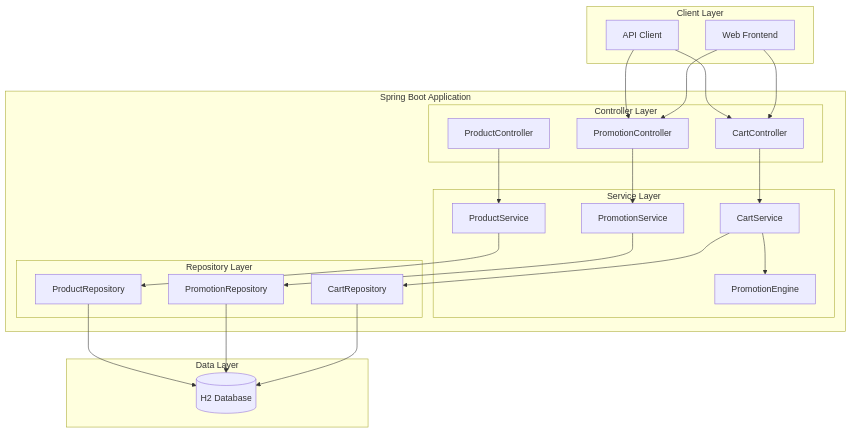
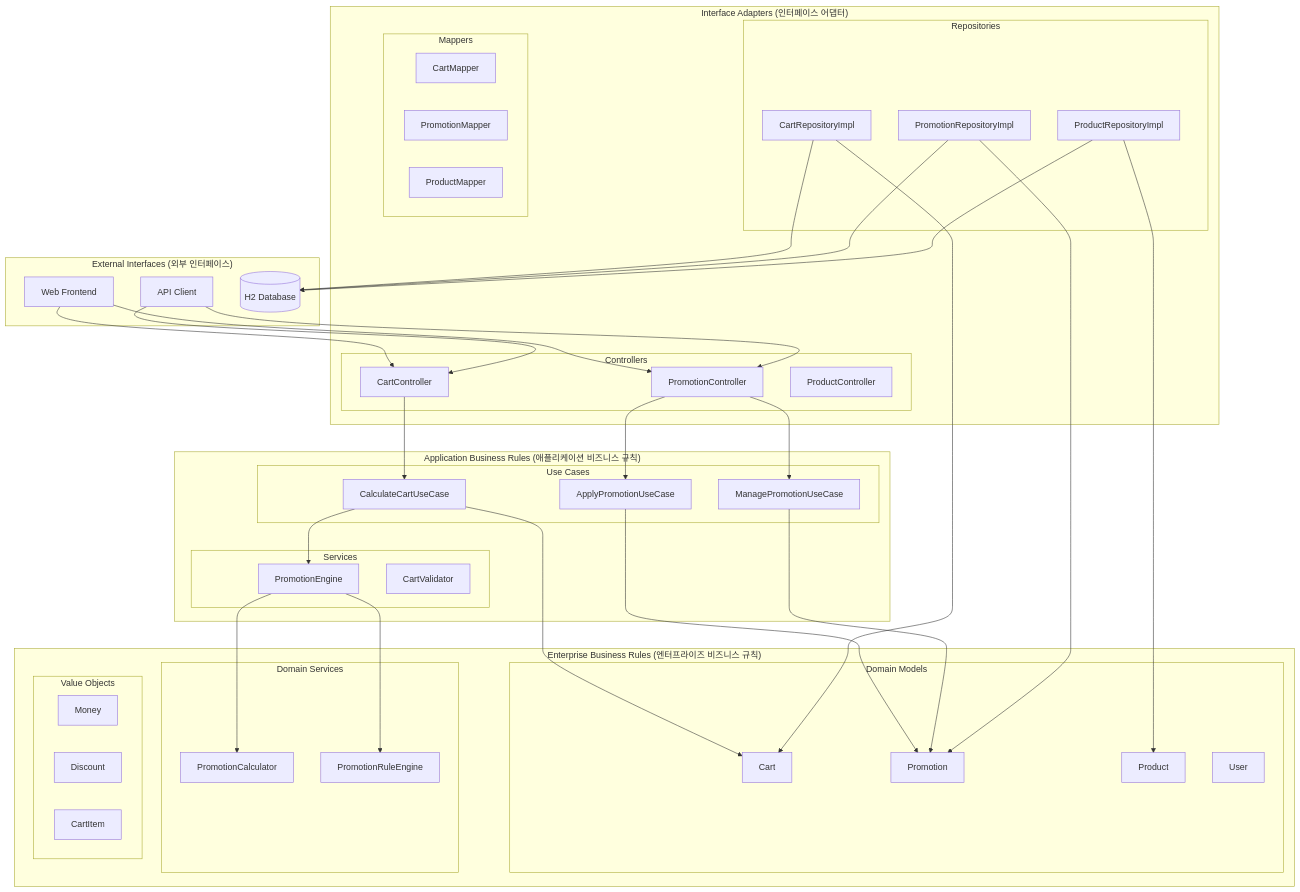
One commit to maitracle/test changed the first of 2 diagrams in server/demo/documents/system_design.md. Above: the diagram before and after it, drawn with Mermaid. The commit also changed other lines of this file, not shown here.

Commit message:
change system design with clean architecture

````diff
--- a/server/demo/documents/system_design.md
+++ b/server/demo/documents/system_design.md
@@ -39,33 +51,62 @@
 ```mermaid
 graph TB
-    subgraph "Client Layer"
+    subgraph "External Interfaces (외부 인터페이스)"
         WEB[Web Frontend]
         API_CLIENT[API Client]
+        H2_DB[(H2 Database)]
     end
     
-    subgraph "Spring Boot Application"
-        subgraph "Controller Layer"
+    subgraph "Interface Adapters (인터페이스 어댑터)"
+        subgraph "Controllers"
             CART_CTRL[CartController]
             PROMO_CTRL[PromotionController]
             PRODUCT_CTRL[ProductController]
         end
         
-        subgraph "Service Layer"
-            CART_SVC[CartService]
-            PROMO_SVC[PromotionService]
-            PRODUCT_SVC[ProductService]
-            PROMO_ENGINE[PromotionEngine]
+        subgraph "Repositories"
+            CART_REPO[CartRepositoryImpl]
+            PROMO_REPO[PromotionRepositoryImpl]
+            PRODUCT_REPO[ProductRepositoryImpl]
         end
         
-        subgraph "Repository Layer"
-            CART_REPO[CartRepository]
-            PROMO_REPO[PromotionRepository]
-            PRODUCT_REPO[ProductRepository]
+        subgraph "Mappers"
+            CART_MAPPER[CartMapper]
+            PROMO_MAPPER[PromotionMapper]
+            PRODUCT_MAPPER[ProductMapper]
         end
     end
     
-    subgraph "Data Layer"
-        H2_DB[(H2 Database)]
+    subgraph "Application Business Rules (애플리케이션 비즈니스 규칙)"
+        subgraph "Use Cases"
+            CALC_CART_UC[CalculateCartUseCase]
+            APPLY_PROMO_UC[ApplyPromotionUseCase]
+            MANAGE_PROMO_UC[ManagePromotionUseCase]
+        end
+        
+        subgraph "Services"
+            PROMO_ENGINE[PromotionEngine]
+            CART_VALIDATOR[CartValidator]
+        end
+    end
+    
+    subgraph "Enterprise Business Rules (엔터프라이즈 비즈니스 규칙)"
+        subgraph "Domain Models"
+            CART[Cart]
+            PROMOTION[Promotion]
+            PRODUCT[Product]
+            USER[User]
+        end
+        
+        subgraph "Domain Services"
+            PROMO_CALC[PromotionCalculator]
+            PROMO_RULE[PromotionRuleEngine]
+        end
+        
+        subgraph "Value Objects"
+            MONEY[Money]
+            DISCOUNT[Discount]
+            CART_ITEM[CartItem]
+        end
     end
     
     WEB --> CART_CTRL
@@ -73,14 +114,21 @@
     WEB --> PROMO_CTRL
     API_CLIENT --> PROMO_CTRL
     
-    CART_CTRL --> CART_SVC
-    PROMO_CTRL --> PROMO_SVC
-    PRODUCT_CTRL --> PRODUCT_SVC
+    CART_CTRL --> CALC_CART_UC
+    PROMO_CTRL --> APPLY_PROMO_UC
+    PROMO_CTRL --> MANAGE_PROMO_UC
     
-    CART_SVC --> PROMO_ENGINE
-    CART_SVC --> CART_REPO
-    PROMO_SVC --> PROMO_REPO
-    PRODUCT_SVC --> PRODUCT_REPO
+    CALC_CART_UC --> CART
+    CALC_CART_UC --> PROMO_ENGINE
+    APPLY_PROMO_UC --> PROMOTION
+    MANAGE_PROMO_UC --> PROMOTION
+    
+    PROMO_ENGINE --> PROMO_CALC
+    PROMO_ENGINE --> PROMO_RULE
+    
+    CART_REPO --> CART
+    PROMO_REPO --> PROMOTION
+    PRODUCT_REPO --> PRODUCT
     
     CART_REPO --> H2_DB
     PROMO_REPO --> H2_DB
````
